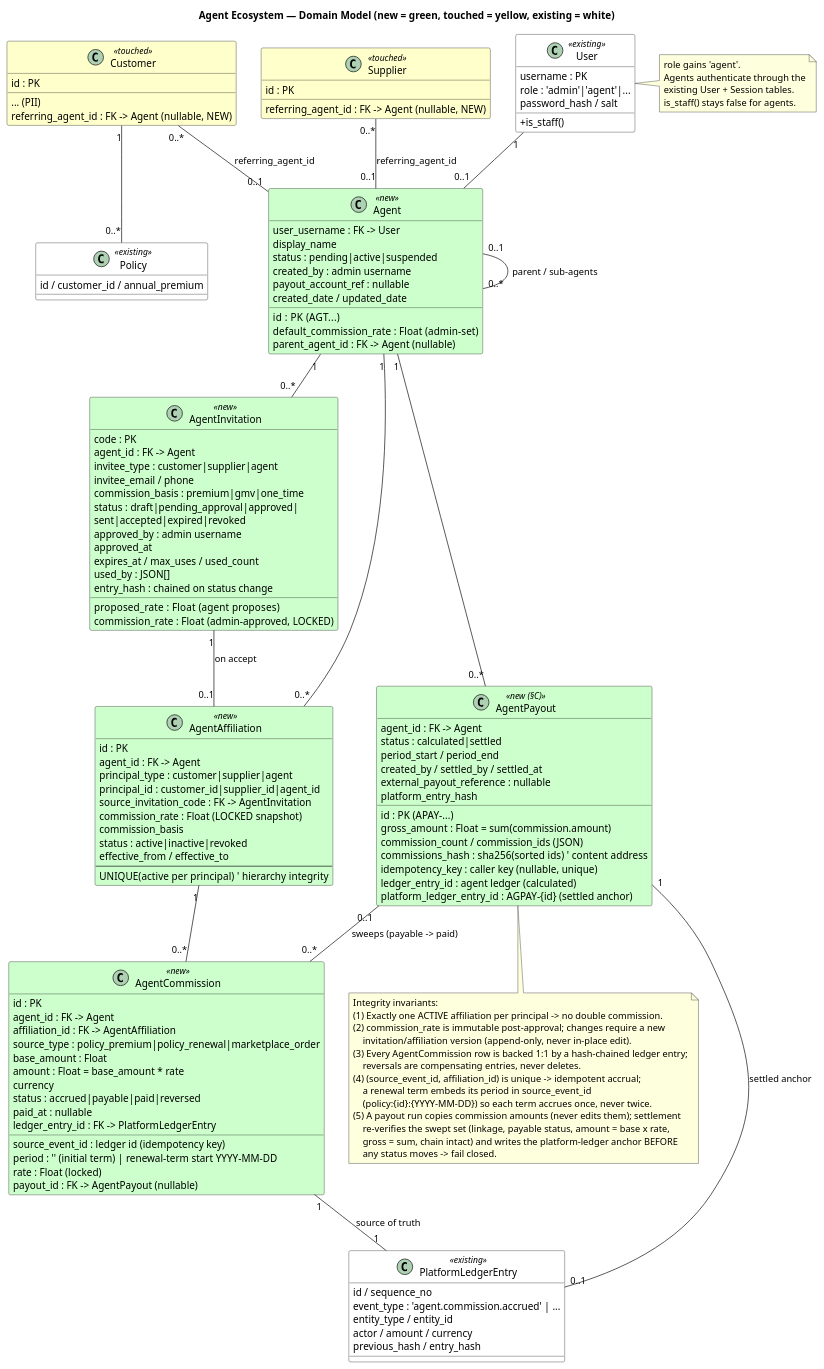
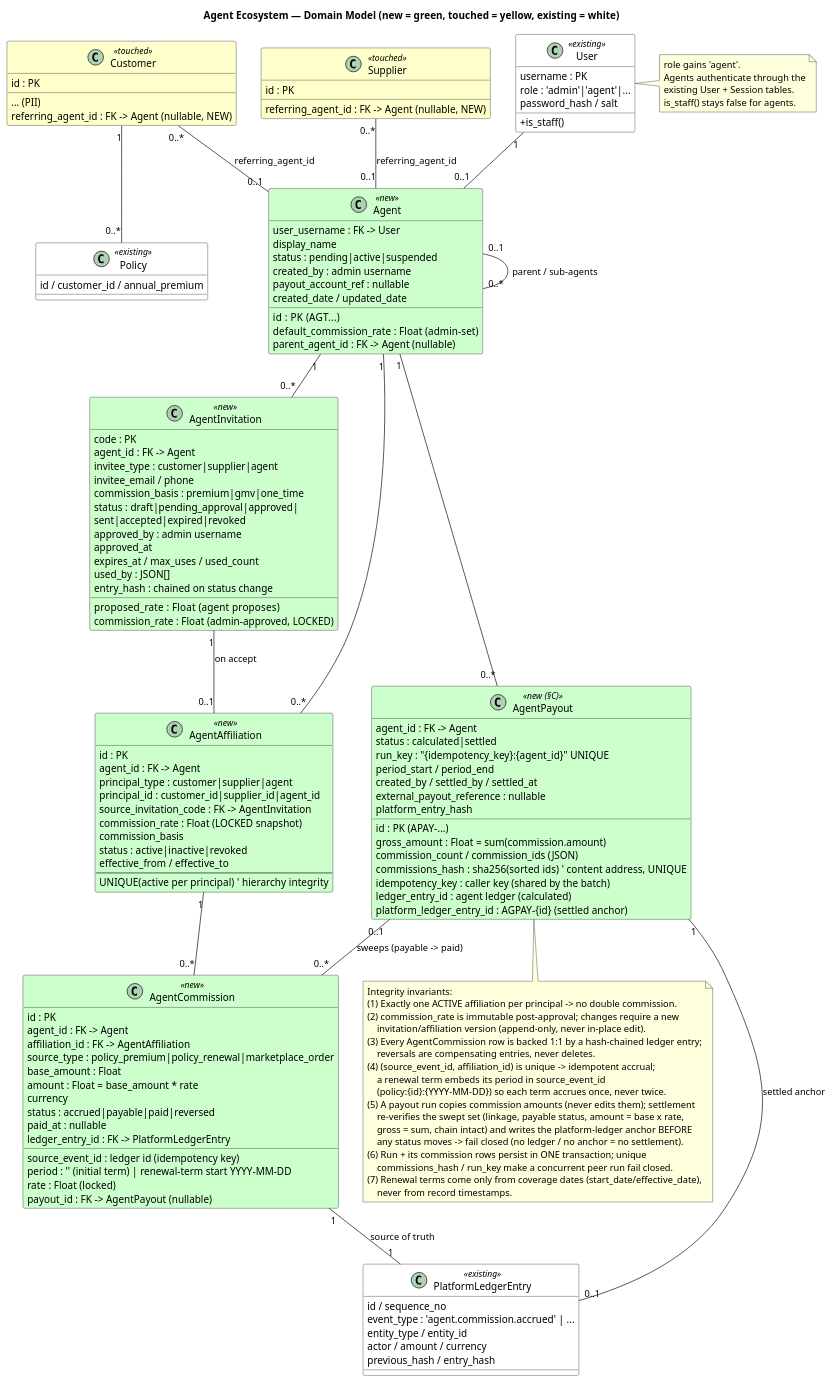
The second of 7 diagrams in docs/uml/agent_ecosystem.puml (ashuryasaf/phins), drawn with PlantUML before and after one commit. The commit also changed 2 other files, not shown here.

Commit message:
docs: §C payout durability — one-transaction persist, unique run_key/commissions_hash, batch reuse, no-anchor refusal, coverage-date-only renewal terms

```diff
--- a/docs/uml/agent_ecosystem.puml
+++ b/docs/uml/agent_ecosystem.puml
@@ -60,147 +60,152 @@
 @startuml agent_ecosystem_domain
 title Agent Ecosystem — Domain Model (new = green, touched = yellow, existing = white)
 
 skinparam classAttributeIconSize 0
 
 class User <<existing>> #white {
   username : PK
   role : 'admin'|'agent'|... 
   password_hash / salt
   +is_staff()
 }
 note right of User
   role gains 'agent'.
   Agents authenticate through the
   existing User + Session tables.
   is_staff() stays false for agents.
 end note
 
 class Agent <<new>> #ccffcc {
   id : PK  (AGT...)
   user_username : FK -> User
   display_name
   status : pending|active|suspended
   default_commission_rate : Float  (admin-set)
   parent_agent_id : FK -> Agent (nullable)
   created_by : admin username
   payout_account_ref : nullable
   created_date / updated_date
 }
 
 class AgentInvitation <<new>> #ccffcc {
   code : PK
   agent_id : FK -> Agent
   invitee_type : customer|supplier|agent
   invitee_email / phone
   proposed_rate : Float   (agent proposes)
   commission_rate : Float (admin-approved, LOCKED)
   commission_basis : premium|gmv|one_time
   status : draft|pending_approval|approved|
            sent|accepted|expired|revoked
   approved_by : admin username
   approved_at
   expires_at / max_uses / used_count
   used_by : JSON[]
   entry_hash : chained on status change
 }
 
 class AgentAffiliation <<new>> #ccffcc {
   id : PK
   agent_id : FK -> Agent
   principal_type : customer|supplier|agent
   principal_id : customer_id|supplier_id|agent_id
   source_invitation_code : FK -> AgentInvitation
   commission_rate : Float (LOCKED snapshot)
   commission_basis
   status : active|inactive|revoked
   effective_from / effective_to
   --
   UNIQUE(active per principal)  ' hierarchy integrity
 }
 
 class AgentCommission <<new>> #ccffcc {
   id : PK
   agent_id : FK -> Agent
   affiliation_id : FK -> AgentAffiliation
   source_event_id : ledger id (idempotency key)
   source_type : policy_premium|policy_renewal|marketplace_order
   period : '' (initial term) | renewal-term start YYYY-MM-DD
   base_amount : Float
   rate : Float (locked)
   amount : Float = base_amount * rate
   currency
   status : accrued|payable|paid|reversed
   payout_id : FK -> AgentPayout (nullable)
   paid_at : nullable
   ledger_entry_id : FK -> PlatformLedgerEntry
 }
 
 class PlatformLedgerEntry <<existing>> #white {
   id / sequence_no
   event_type : 'agent.commission.accrued' | ...
   entity_type / entity_id
   actor / amount / currency
   previous_hash / entry_hash
 }
 
 class Customer <<touched>> #ffffcc {
   id : PK
   ... (PII)
   referring_agent_id : FK -> Agent (nullable, NEW)
 }
 
 class Supplier <<touched>> #ffffcc {
   id : PK
   referring_agent_id : FK -> Agent (nullable, NEW)
 }
 
 class Policy <<existing>> #white {
   id / customer_id / annual_premium
 }
 
 class AgentPayout <<new (§C)>> #ccffcc {
   id : PK (APAY-...)
   agent_id : FK -> Agent
   status : calculated|settled
   gross_amount : Float = sum(commission.amount)
   commission_count / commission_ids (JSON)
-  commissions_hash : sha256(sorted ids)  ' content address
-  idempotency_key : caller key (nullable, unique)
+  commissions_hash : sha256(sorted ids)  ' content address, UNIQUE
+  idempotency_key : caller key (shared by the batch)
+  run_key : "{idempotency_key}:{agent_id}" UNIQUE
   period_start / period_end
   created_by / settled_by / settled_at
   external_payout_reference : nullable
   ledger_entry_id : agent ledger (calculated)
   platform_ledger_entry_id : AGPAY-{id} (settled anchor)
   platform_entry_hash
 }
 
 User "1" -- "0..1" Agent
 Agent "1" -- "0..*" AgentInvitation
 Agent "1" -- "0..*" AgentAffiliation
 Agent "0..1" -- "0..*" Agent : parent / sub-agents
 AgentInvitation "1" -- "0..1" AgentAffiliation : on accept
 AgentAffiliation "1" -- "0..*" AgentCommission
 AgentCommission "1" -- "1" PlatformLedgerEntry : source of truth
 Customer "0..*" -- "0..1" Agent : referring_agent_id
 Supplier "0..*" -- "0..1" Agent : referring_agent_id
 Customer "1" -- "0..*" Policy
 Agent "1" -- "0..*" AgentPayout
 AgentPayout "0..1" -- "0..*" AgentCommission : sweeps (payable -> paid)
 AgentPayout "1" -- "0..1" PlatformLedgerEntry : settled anchor
 
 note bottom
   Integrity invariants:
   (1) Exactly one ACTIVE affiliation per principal -> no double commission.
   (2) commission_rate is immutable post-approval; changes require a new
       invitation/affiliation version (append-only, never in-place edit).
   (3) Every AgentCommission row is backed 1:1 by a hash-chained ledger entry;
       reversals are compensating entries, never deletes.
   (4) (source_event_id, affiliation_id) is unique -> idempotent accrual;
       a renewal term embeds its period in source_event_id
       (policy:{id}:{YYYY-MM-DD}) so each term accrues once, never twice.
   (5) A payout run copies commission amounts (never edits them); settlement
       re-verifies the swept set (linkage, payable status, amount = base x rate,
       gross = sum, chain intact) and writes the platform-ledger anchor BEFORE
-      any status moves -> fail closed.
+      any status moves -> fail closed (no ledger / no anchor = no settlement).
+  (6) Run + its commission rows persist in ONE transaction; unique
+      commissions_hash / run_key make a concurrent peer run fail closed.
+  (7) Renewal terms come only from coverage dates (start_date/effective_date),
+      never from record timestamps.
 end note
 @enduml
```
